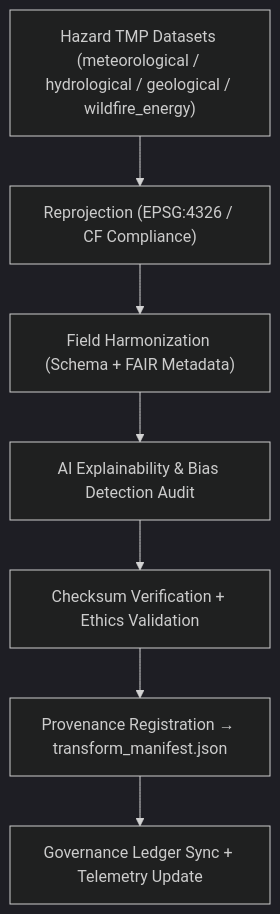
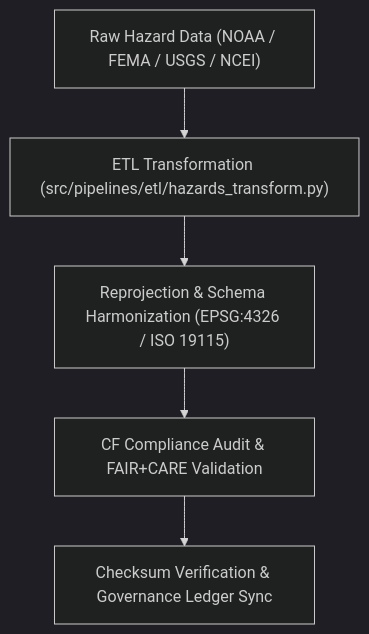
One commit to bartytime4life/Kansas-Frontier-Matrix changed the diagram in data/work/tmp/hazards/transforms/README.md. Above: the diagram before and after it, drawn with Mermaid (dark theme). The commit also changed other lines of this file, not shown here.

````diff
--- a/data/work/tmp/hazards/transforms/README.md
+++ b/data/work/tmp/hazards/transforms/README.md
@@ -87,9 +66,7 @@
 ```mermaid
 flowchart TD
-    A["Hazard TMP Datasets (meteorological / hydrological / geological / wildfire_energy)"] --> B["Reprojection (EPSG:4326 / CF Compliance)"]
-    B --> C["Field Harmonization (Schema + FAIR Metadata)"]
-    C --> D["AI Explainability & Bias Detection Audit"]
-    D --> E["Checksum Verification + Ethics Validation"]
-    E --> F["Provenance Registration → transform_manifest.json"]
-    F --> G["Governance Ledger Sync + Telemetry Update"]
+    A["Raw Hazard Data (NOAA / FEMA / USGS / NCEI)"] --> B["ETL Transformation (src/pipelines/etl/hazards_transform.py)"]
+    B --> C["Reprojection & Schema Harmonization (EPSG:4326 / ISO 19115)"]
+    C --> D["CF Compliance Audit & FAIR+CARE Validation"]
+    D --> E["Checksum Verification & Governance Ledger Sync"]
 ```
````
